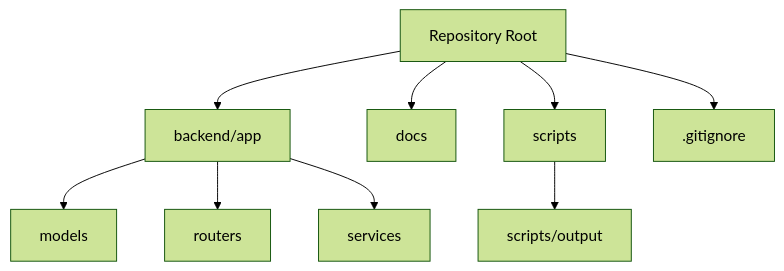
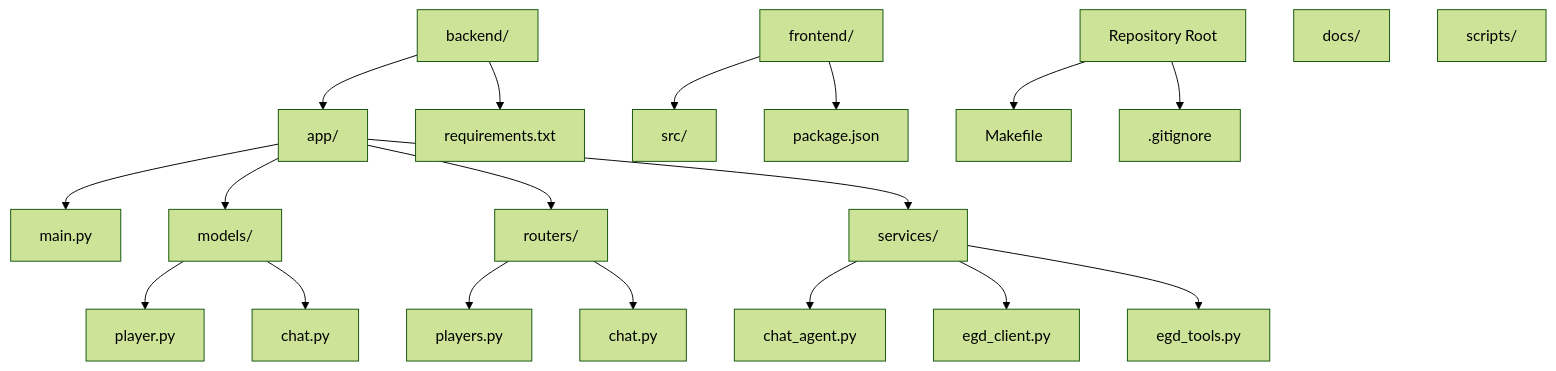
One commit to Ragnar1999/GoNow changed the first of 4 diagrams in .qoder/repowiki/en/content/Development Guidelines.md. Above: the diagram before and after it, drawn with Mermaid (forest theme). The commit also changed other lines of this file and 10 other files, not shown here.

First line of the commit message:
docs: update all documentation with agentic chat, Makefile, and agent design research

````diff
--- a/.qoder/repowiki/en/content/Development Guidelines.md
+++ b/.qoder/repowiki/en/content/Development Guidelines.md
@@ -39,20 +47,25 @@
 ```mermaid
 graph TB
 root["Repository Root"]
-backend["backend/app"]
-models["models"]
-routers["routers"]
-services["services"]
-docs["docs"]
-scripts["scripts"]
-output["scripts/output"]
-gitignore[".gitignore"]
-root --> backend
-backend --> models
-backend --> routers
-backend --> services
-root --> docs
-root --> scripts
-scripts --> output
-root --> gitignore
+backend["backend/"]
+frontend["frontend/"]
+docs["docs/"]
+scripts["scripts/"]
+backend --> app["app/"]
+backend --> req["requirements.txt"]
+app --> main["main.py"]
+app --> models["models/"]
+app --> routers["routers/"]
+app --> services["services/"]
+models --> player_model["player.py"]
+models --> chat_model["chat.py"]
+routers --> players_router["players.py"]
+routers --> chat_router["chat.py"]
+services --> chat_agent["chat_agent.py"]
+services --> egd_client["egd_client.py"]
+services --> egd_tools["egd_tools.py"]
+frontend --> src["src/"]
+frontend --> pkg["package.json"]
+root --> makefile["Makefile"]
+root --> gitignore[".gitignore"]
 ```
````
